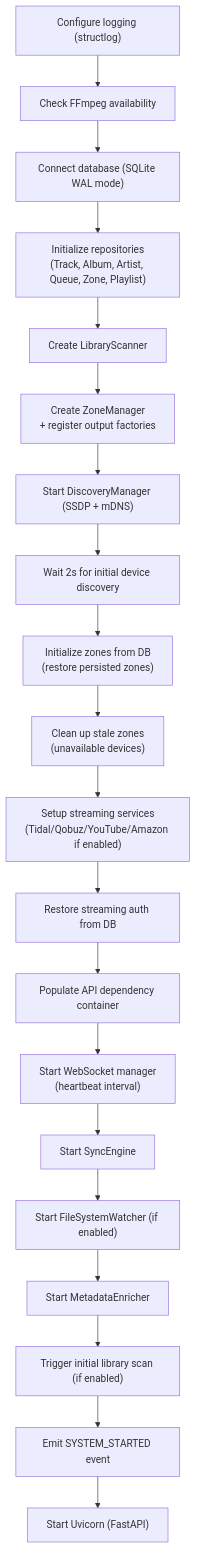
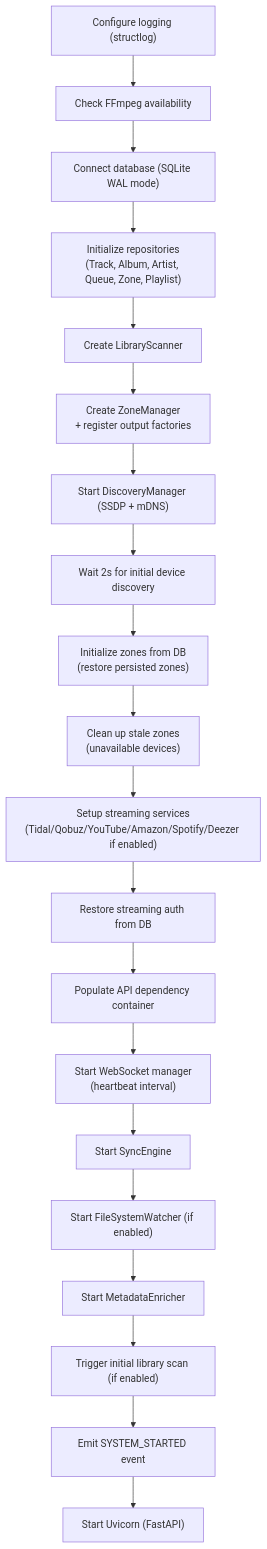
Before and after one commit to renesenses/tune-server-linux: the third of 10 diagrams in docs/architecture.md, drawn with Mermaid. The commit also changed other lines of this file and 9 other files, not shown here.

First line of the commit message:
docs: update all docs and add Tidal/Qobuz/Amazon setup guides

````diff
--- a/docs/architecture.md
+++ b/docs/architecture.md
@@ -100,22 +104,22 @@
 ```mermaid
 flowchart TD
     A["Configure logging (structlog)"] --> B["Check FFmpeg availability"]
     B --> C["Connect database (SQLite WAL mode)"]
     C --> D["Initialize repositories<br>(Track, Album, Artist, Queue, Zone, Playlist)"]
     D --> E["Create LibraryScanner"]
     E --> F["Create ZoneManager<br>+ register output factories"]
     F --> G["Start DiscoveryManager (SSDP + mDNS)"]
     G --> H["Wait 2s for initial device discovery"]
     H --> I["Initialize zones from DB<br>(restore persisted zones)"]
     I --> I2["Clean up stale zones<br>(unavailable devices)"]
-    I2 --> J["Setup streaming services<br>(Tidal/Qobuz/YouTube/Amazon if enabled)"]
+    I2 --> J["Setup streaming services<br>(Tidal/Qobuz/YouTube/Amazon/Spotify/Deezer if enabled)"]
     J --> J2["Restore streaming auth from DB"]
     J2 --> K["Populate API dependency container"]
     K --> L["Start WebSocket manager<br>(heartbeat interval)"]
     L --> M["Start SyncEngine"]
     M --> N["Start FileSystemWatcher (if enabled)"]
     N --> O["Start MetadataEnricher"]
     O --> P["Trigger initial library scan (if enabled)"]
     P --> Q["Emit SYSTEM_STARTED event"]
     Q --> R["Start Uvicorn (FastAPI)"]
 ```
````
